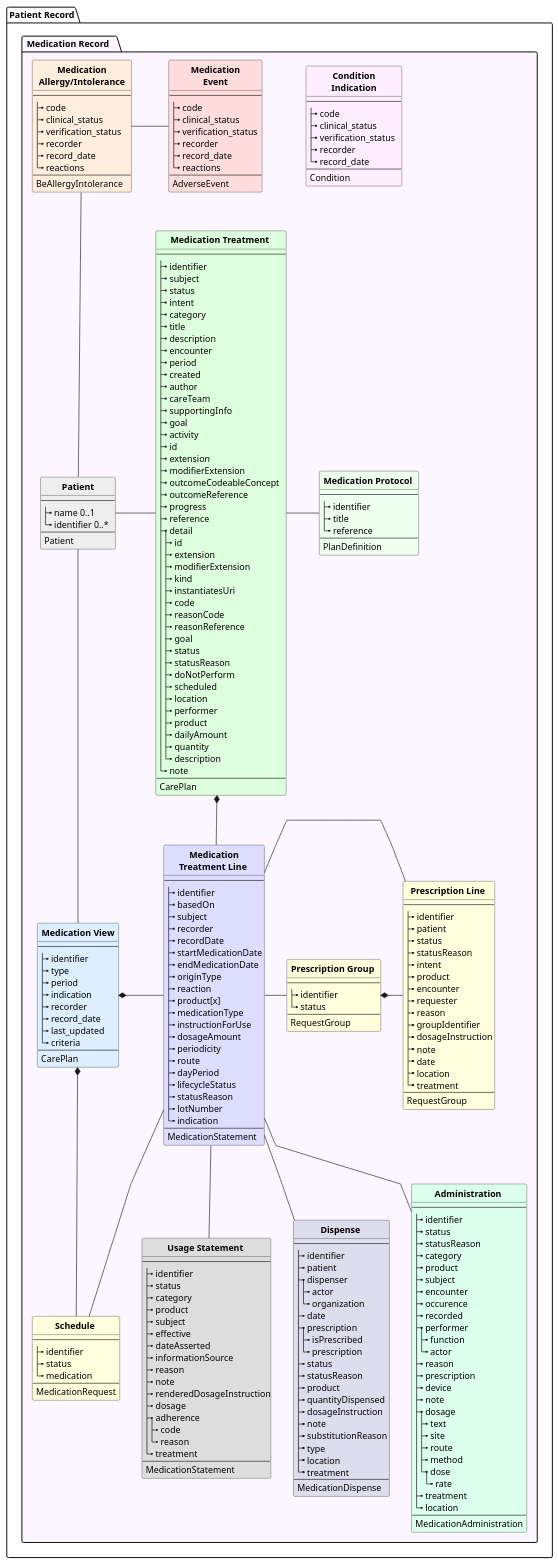
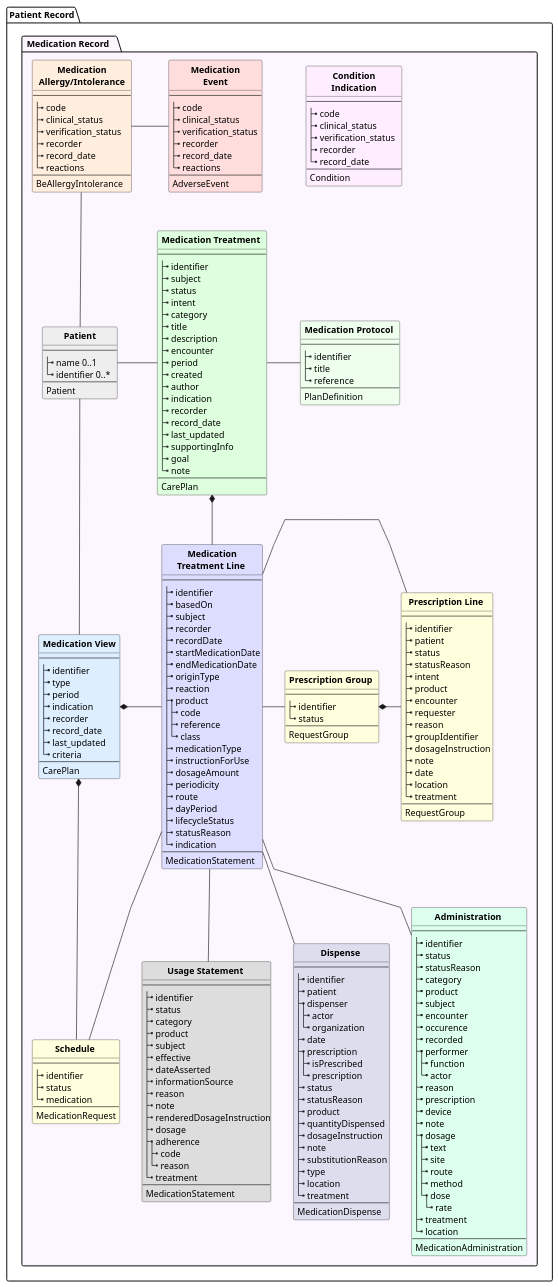
The diagram in input/images-source/medrecord-resources.plantuml (costateixeira/hl7-be-fhir-medication), drawn with PlantUML before and after one commit.

Commit message:
cleanup model diagram

```diff
--- a/input/images-source/medrecord-resources.plantuml
+++ b/input/images-source/medrecord-resources.plantuml
@@ -29,6 +29,7 @@
     }
 
 
+
     class " **Medication** \n **Treatment Line ** " as MTL #DDF {
         --
         |_ identifier 
@@ -40,7 +41,10 @@
         |_ endMedicationDate 
         |_ originType 
         |_ reaction 
-        |_ product[x] 
+        |_ product
+          |_ code
+          |_ reference
+          |_ class
         |_ medicationType 
         |_ instructionForUse 
         |_ dosageAmount 
@@ -49,7 +53,6 @@
         |_ dayPeriod 
         |_ lifecycleStatus 
         |_ statusReason 
-        |_ lotNumber
         |_ indication
         --
         MedicationStatement
@@ -57,7 +60,7 @@
 
     class " **Medication Treatment**  " as MT #DFD {
         --
-        |_ identifier  
+        |_ identifier
         |_ subject  
         |_ status  
         |_ intent  
@@ -68,37 +71,12 @@
         |_ period  
         |_ created  
         |_ author  
-        |_ careTeam  
+        |_ indication
+        |_ recorder
+        |_ record_date
+        |_ last_updated
         |_ supportingInfo  
         |_ goal  
-        |_ activity  
-        |_ id   
-        |_ extension   
-        |_ modifierExtension  
-        |_ outcomeCodeableConcept   
-        |_ outcomeReference   
-        |_ progress   
-        |_ reference  
-        |_ detail  
-          |_ id  
-          |_ extension  
-          |_ modifierExtension  
-          |_ kind  
-          |_ instantiatesUri  
-          |_ code  
-          |_ reasonCode  
-          |_ reasonReference  
-          |_ goal  
-          |_ status  
-          |_ statusReason   
-          |_ doNotPerform  
-          |_ scheduled 
-          |_ location   
-          |_ performer   
-          |_ product
-          |_ dailyAmount   
-          |_ quantity   
-          |_ description   
         |_ note   
         --
         CarePlan
```
